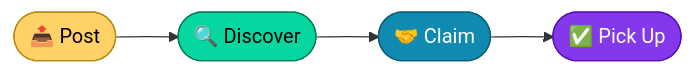
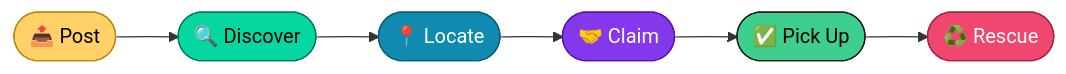
The tenth of 10 diagrams in README.md (still-trying/food-rescue), drawn with Mermaid before and after one commit. The commit also changed other lines of this file, not shown here.

````diff
--- a/README.md
+++ b/README.md
@@ -756,11 +896,15 @@
 ```mermaid
 flowchart LR
     A(["📤 Post"]) --> B(["🔍 Discover"])
-    B --> C(["🤝 Claim"])
-    C --> D(["✅ Pick Up"])
+    B --> C(["📍 Locate"])
+    C --> D(["🤝 Claim"])
+    D --> E(["✅ Pick Up"])
+    E --> F(["♻️ Rescue"])
 
     style A fill:#FFD166,stroke:#b8860b,color:#000000
     style B fill:#06D6A0,stroke:#04795a,color:#000000
     style C fill:#118AB2,stroke:#0b5c73,color:#ffffff
     style D fill:#8338EC,stroke:#5b0fb3,color:#ffffff
+    style E fill:#3ECF8E,stroke:#1a1a1a,color:#000000
+    style F fill:#EF476F,stroke:#a3223f,color:#ffffff
 ```
````
